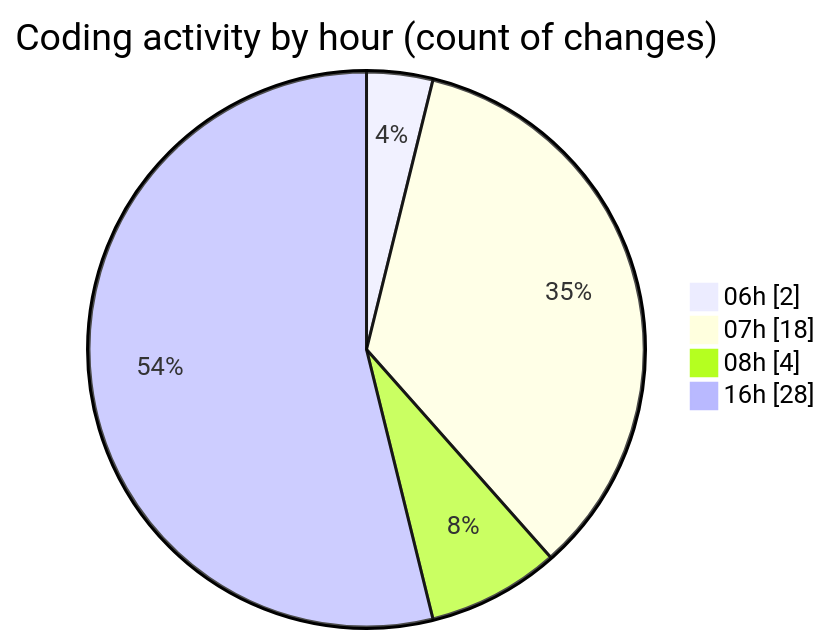
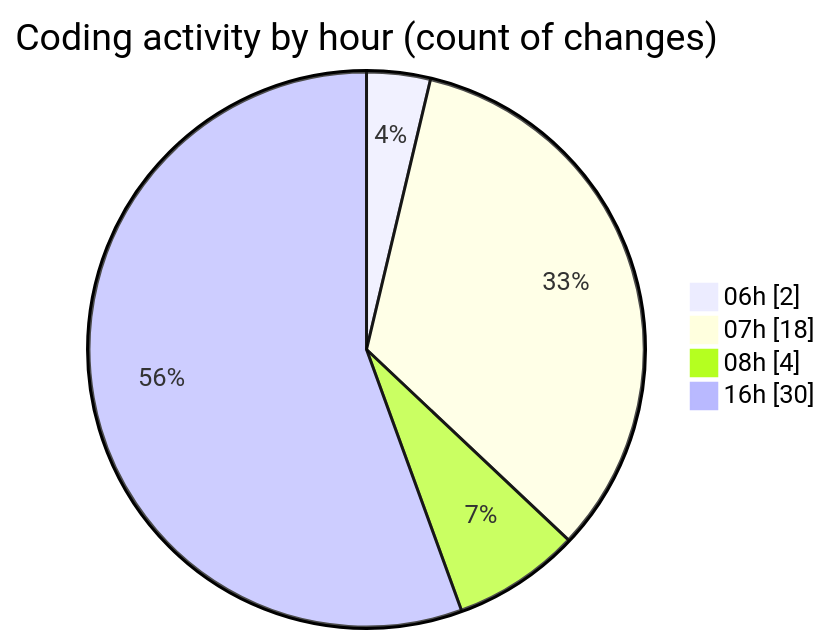
The second of 2 diagrams in 2025-01-27/termonied-web/README.md (robertbonfada/code-tracking), drawn with Mermaid before and after one commit. The commit also changed other lines of this file and 1 other file, not shown here.

````diff
--- a/2025-01-27/termonied-web/README.md
+++ b/2025-01-27/termonied-web/README.md
@@ -35,8 +35,8 @@
 ```mermaid
 pie showData
 title Coding activity by hour (count of changes)
 "06h" : 2
 "07h" : 18
 "08h" : 4
-"16h" : 28
+"16h" : 30
 ```
````
